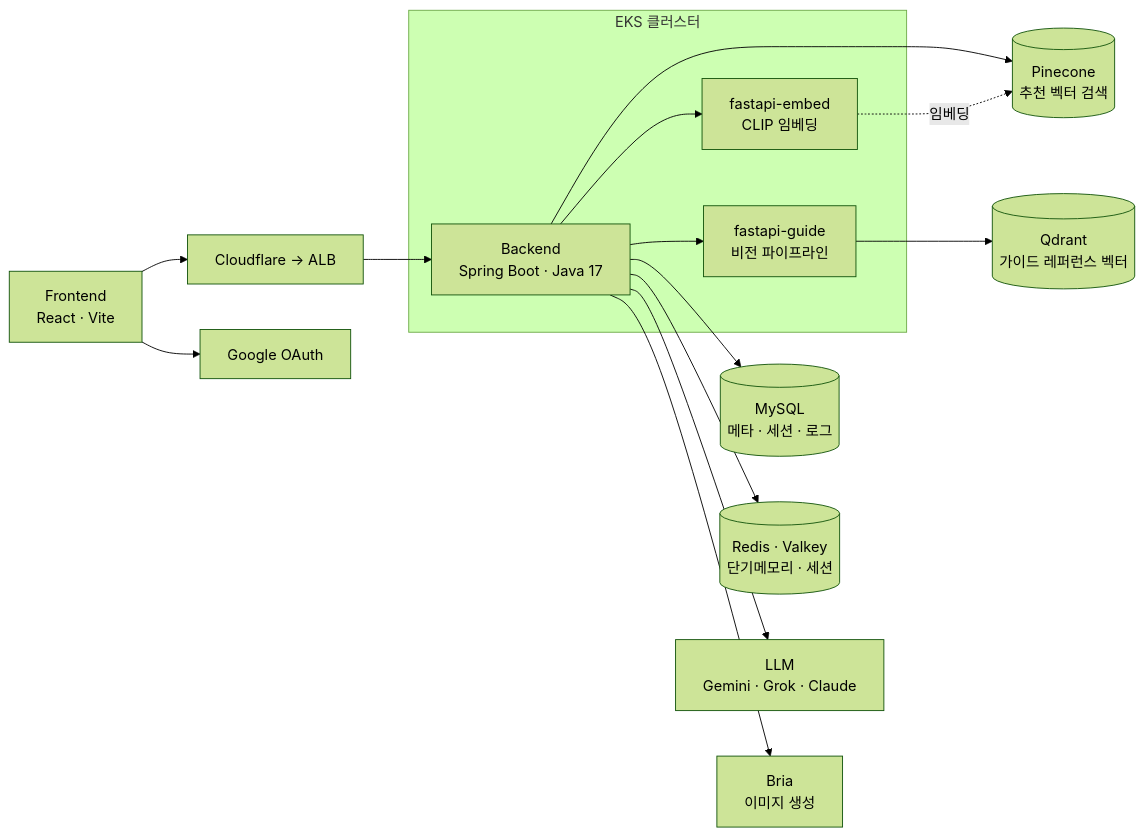
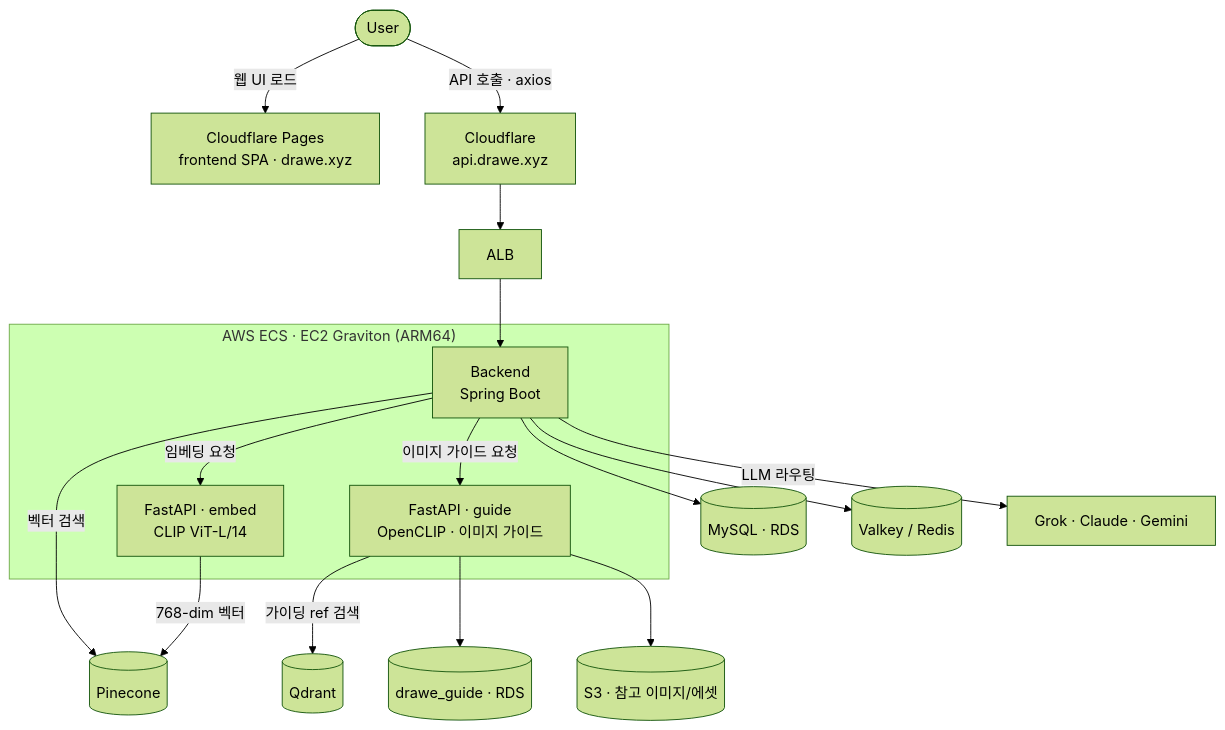
The second of 3 diagrams in docs/SDS/README.md (DraWeTeam/drawe), drawn with Mermaid (forest theme) before and after one commit. The commit also changed other lines of this file and 3 other files, not shown here.

Commit message:
docs(SDS): 인프라를 공식 다이어그램 기준으로 정정 (EKS->ECS·EC2 Graviton, ConfigMap->SSM, GitHub Actions CI/CD); README 아키텍처 갱신

````diff
--- a/docs/SDS/README.md
+++ b/docs/SDS/README.md
@@ -36,23 +36,24 @@
 ```mermaid
-flowchart LR
-    FE["Frontend<br/>React · Vite"]
-    CF["Cloudflare → ALB"]
-    FE --> CF --> BE
+flowchart TD
+    U(["User"]) -->|웹 UI 로드| CF["Cloudflare Pages<br/>frontend SPA · drawe.xyz"]
+    U -->|API 호출 · axios| CFP["Cloudflare<br/>api.drawe.xyz"]
+    CFP --> ALB["ALB"]
+    ALB --> BE
 
-    subgraph EKS["EKS 클러스터"]
-        BE["Backend<br/>Spring Boot · Java 17"]
-        EMB["fastapi-embed<br/>CLIP 임베딩"]
-        GD["fastapi-guide<br/>비전 파이프라인"]
+    subgraph ECS["AWS ECS · EC2 Graviton (ARM64)"]
+        BE["Backend<br/>Spring Boot"]
+        FA["FastAPI · embed<br/>CLIP ViT-L/14"]
+        GA["FastAPI · guide<br/>OpenCLIP · 이미지 가이드"]
     end
 
-    BE --> EMB
-    BE --> GD
-    BE --> MySQL[("MySQL<br/>메타 · 세션 · 로그")]
-    BE --> Redis[("Redis · Valkey<br/>단기메모리 · 세션")]
-    BE --> PC[("Pinecone<br/>추천 벡터 검색")]
-    GD --> QD[("Qdrant<br/>가이드 레퍼런스 벡터")]
-    EMB -. 임베딩 .-> PC
-    BE --> LLM["LLM<br/>Gemini · Grok · Claude"]
-    BE --> Bria["Bria<br/>이미지 생성"]
-    FE --> OAuth["Google OAuth"]
+    BE --> DB[("MySQL · RDS")]
+    BE --> RC[("Valkey / Redis")]
+    BE -->|임베딩 요청| FA
+    BE -->|이미지 가이드 요청| GA
+    BE -->|벡터 검색| PC[("Pinecone")]
+    BE -->|LLM 라우팅| LLM["Grok · Claude · Gemini"]
+    FA -->|768-dim 벡터| PC
+    GA -->|가이딩 ref 검색| QD[("Qdrant")]
+    GA --> GDB[("drawe_guide · RDS")]
+    GA --> S3[("S3 · 참고 이미지/에셋")]
 ```
````
